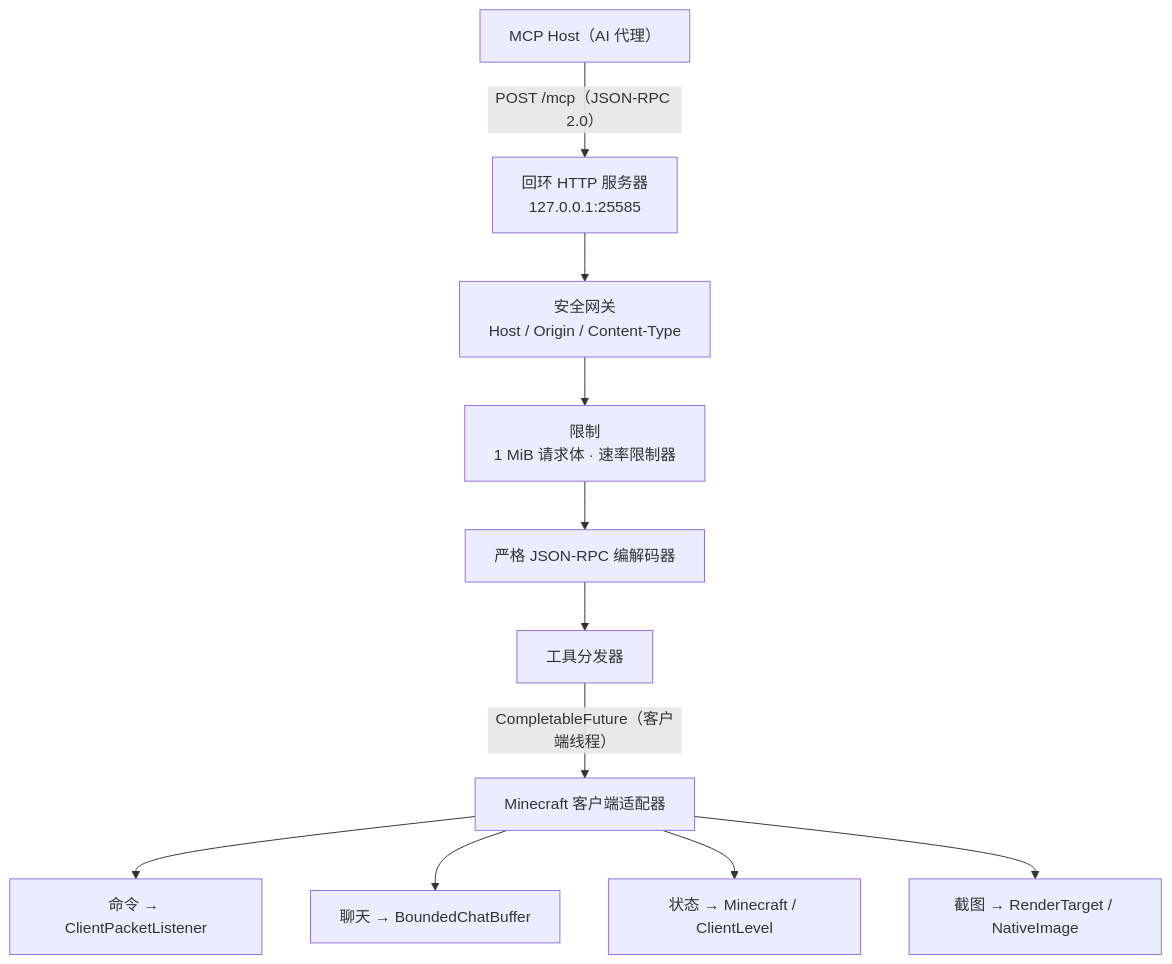
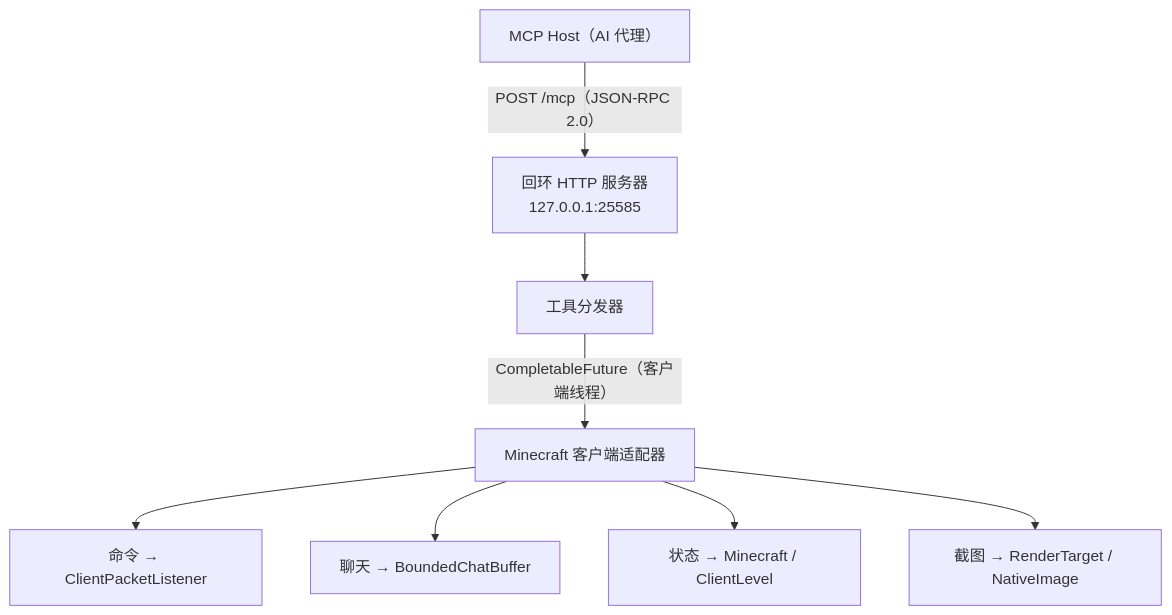
Before and after one commit to laiaqwq/mcmcp: the diagram in docs/README.zh.md, drawn with Mermaid. The commit also changed other lines of this file and 1 other file, not shown here.

Commit message:
docs: simplify architecture diagram, fix prerequisites links
- Remove Security Gate / Limits / Codec nodes from mermaid diagram,
  keeping only Host → Server → Dispatcher → Adapters flow
- Remove Java 25 from user-facing prerequisites (only needed for build)
- Link Fabric Loader to official installation guide
- Apply same changes to Chinese README

Generated with [Devin](https://devin.ai)

````diff
--- a/docs/README.zh.md
+++ b/docs/README.zh.md
@@ -43,22 +43,19 @@
 ```mermaid
 flowchart TD
     Host["MCP Host（AI 代理）"]
     Server["回环 HTTP 服务器<br/>127.0.0.1:25585"]
-    Gate["安全网关<br/>Host / Origin / Content-Type"]
-    Limits["限制<br/>1 MiB 请求体 · 速率限制器"]
-    Codec["严格 JSON-RPC 编解码器"]
     Dispatch["工具分发器"]
     Adapters["Minecraft 客户端适配器"]
     Cmd["命令 → ClientPacketListener"]
     Chat["聊天 → BoundedChatBuffer"]
     State["状态 → Minecraft / ClientLevel"]
     Shot["截图 → RenderTarget / NativeImage"]
 
     Host -- "POST /mcp（JSON-RPC 2.0）" --> Server
-    Server --> Gate --> Limits --> Codec --> Dispatch
+    Server --> Dispatch
     Dispatch -- "CompletableFuture（客户端线程）" --> Adapters
     Adapters --> Cmd
     Adapters --> Chat
     Adapters --> State
     Adapters --> Shot
 ```
````
